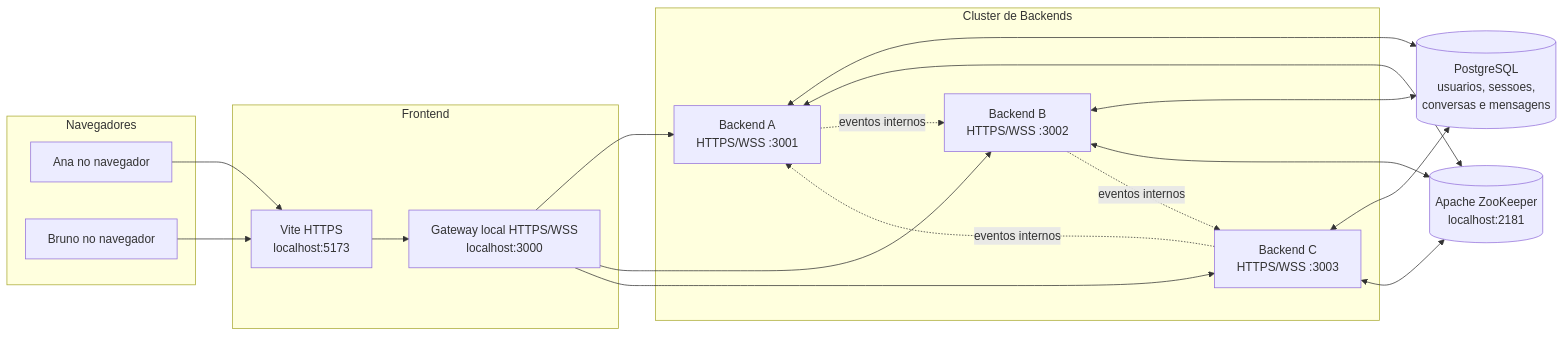
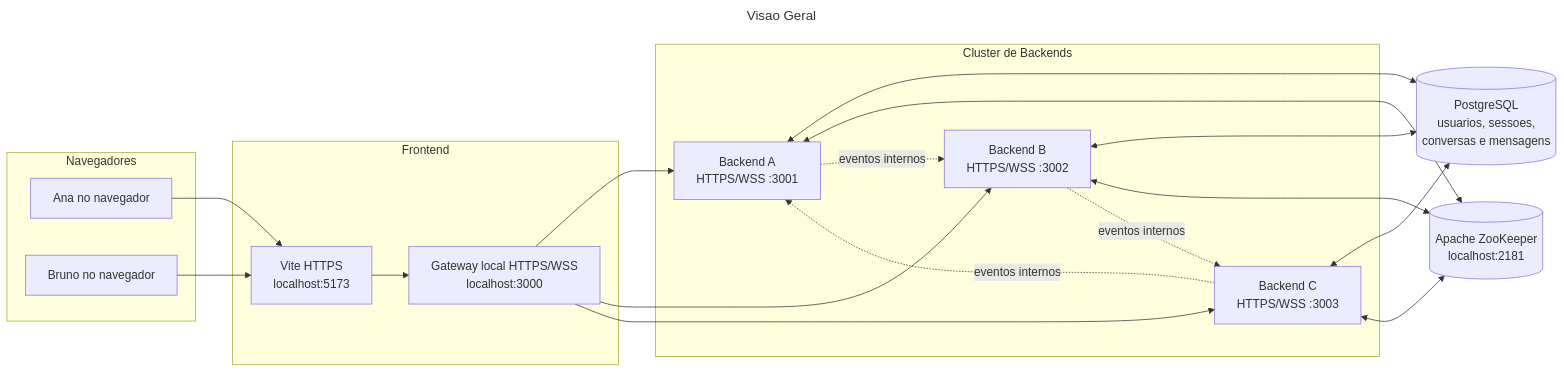
Before and after one commit to jvmr1/chat-distribuido: the first of 10 diagrams in docs/diagrams.md, drawn with Mermaid. The commit also changed other lines of this file and 13 other files, not shown here.

Commit message:
diagramas

````diff
--- a/docs/diagrams.md
+++ b/docs/diagrams.md
@@ -9,40 +18,43 @@
 ```mermaid
+---
+title: Visao Geral
+---
 flowchart LR
   subgraph Navegadores
     Ana[Ana no navegador]
     Bruno[Bruno no navegador]
   end
 
   subgraph Frontend
     Vite[Vite HTTPS\nlocalhost:5173]
     Gateway[Gateway local HTTPS/WSS\nlocalhost:3000]
   end
 
   subgraph ClusterBackend[Cluster de Backends]
     B1[Backend A\nHTTPS/WSS :3001]
     B2[Backend B\nHTTPS/WSS :3002]
     B3[Backend C\nHTTPS/WSS :3003]
   end
 
   ZK[(Apache ZooKeeper\nlocalhost:2181)]
   DB[(PostgreSQL\nusuarios, sessoes,\nconversas e mensagens)]
 
   Ana --> Vite
   Bruno --> Vite
   Vite --> Gateway
   Gateway --> B1
   Gateway --> B2
   Gateway --> B3
 
   B1 <--> DB
   B2 <--> DB
   B3 <--> DB
 
   B1 <--> ZK
   B2 <--> ZK
   B3 <--> ZK
 
   B1 -. eventos internos .-> B2
   B2 -. eventos internos .-> B3
   B3 -. eventos internos .-> B1
 ```
````
